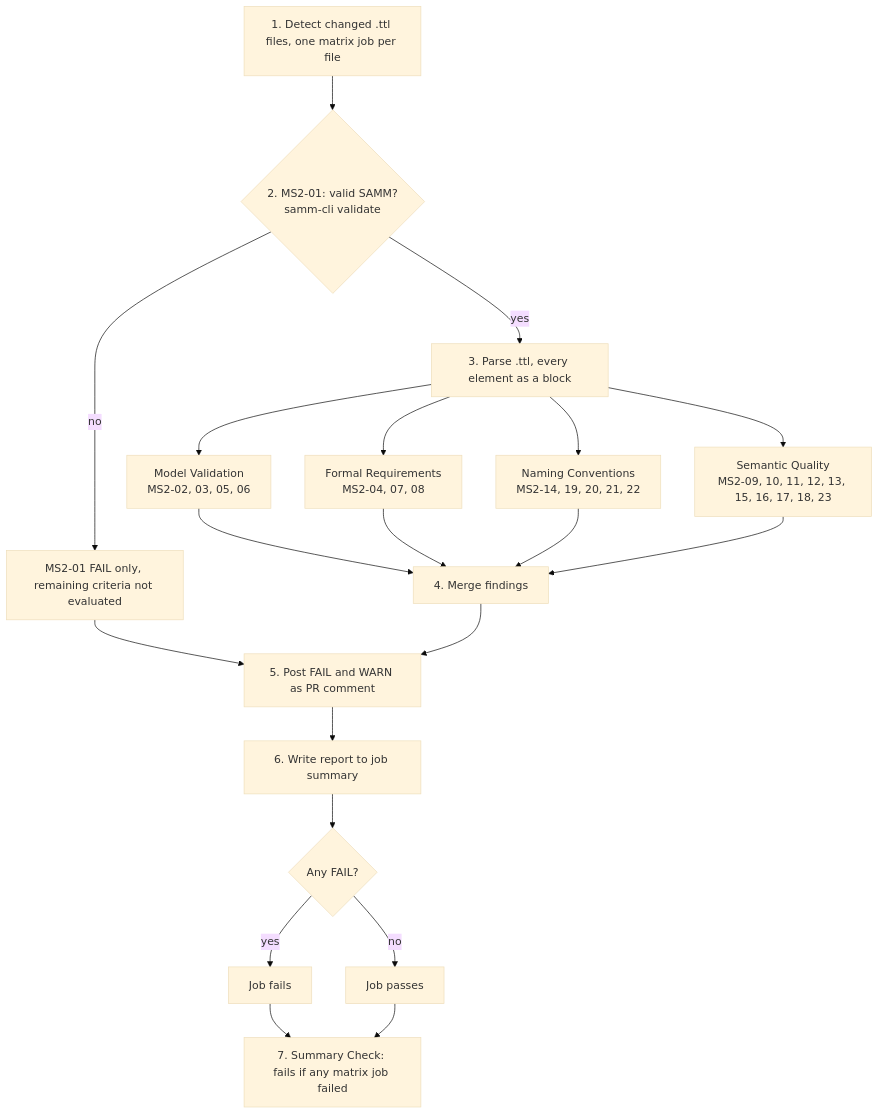
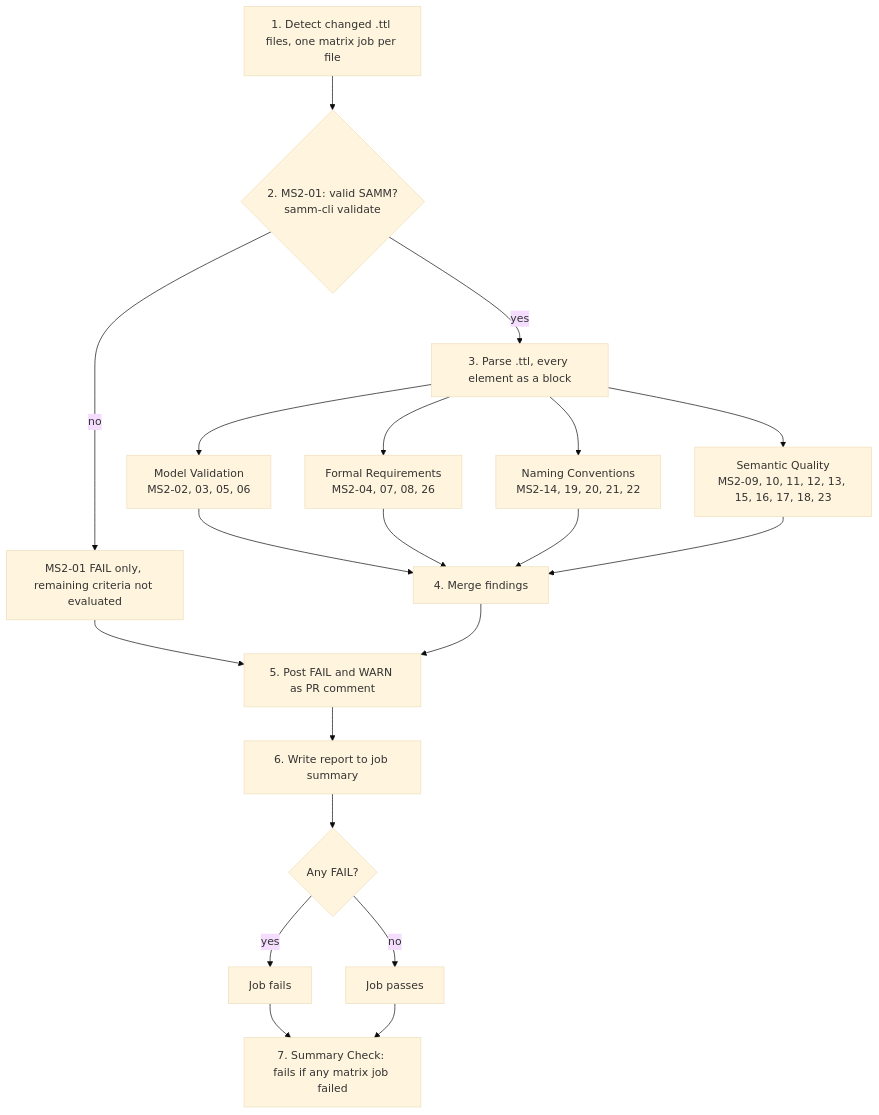
Before and after one commit to eclipse-tractusx/sldt-semantic-models: the diagram in documentation/MS2-CRITERIA-CHECK.md, drawn with Mermaid (base theme). The commit also changed other lines of this file and 4 other files, not shown here.

````diff
--- a/documentation/MS2-CRITERIA-CHECK.md
+++ b/documentation/MS2-CRITERIA-CHECK.md
@@ -9,29 +9,29 @@
 ```mermaid
 flowchart TD
     S1["1. Detect changed .ttl files, one matrix job per file"]
     C01{"2. MS2-01: valid SAMM?<br/>samm-cli validate"}
     F["MS2-01 FAIL only, remaining criteria not evaluated"]
     S3["3. Parse .ttl, every element as a block"]
 
     MV["Model Validation<br/>MS2-02, 03, 05, 06"]
-    FR["Formal Requirements<br/>MS2-04, 07, 08"]
+    FR["Formal Requirements<br/>MS2-04, 07, 08, 26"]
     NC["Naming Conventions<br/>MS2-14, 19, 20, 21, 22"]
     SQ["Semantic Quality<br/>MS2-09, 10, 11, 12, 13, 15, 16, 17, 18, 23"]
 
     J["4. Merge findings"]
     S5["5. Post FAIL and WARN as PR comment"]
     S6["6. Write report to job summary"]
     Q{"Any FAIL?"}
     R1["Job fails"]
     R0["Job passes"]
     G["7. Summary Check: fails if any matrix job failed"]
 
     S1 --> C01
     C01 -- no --> F --> S5
     C01 -- yes --> S3
     S3 --> MV & FR & NC & SQ
     MV & FR & NC & SQ --> J
     J --> S5 --> S6 --> Q
     Q -- yes --> R1 --> G
     Q -- no --> R0 --> G
 ```
````
